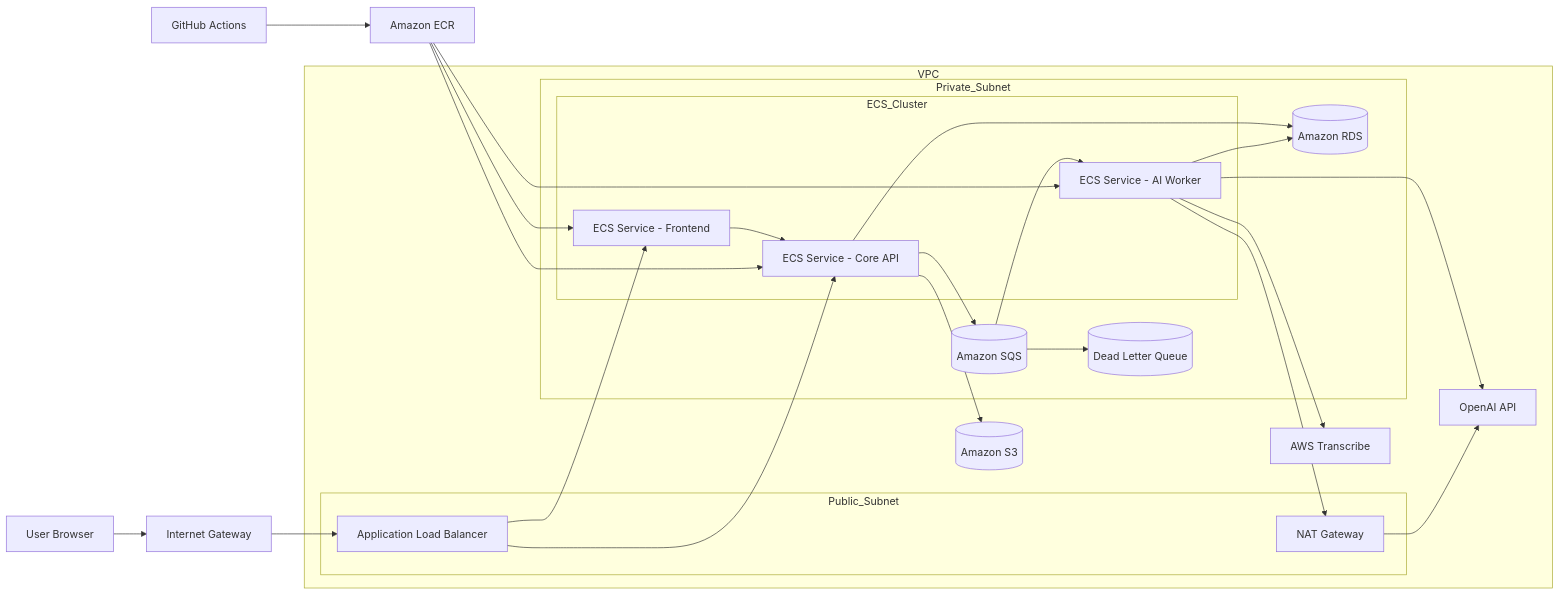
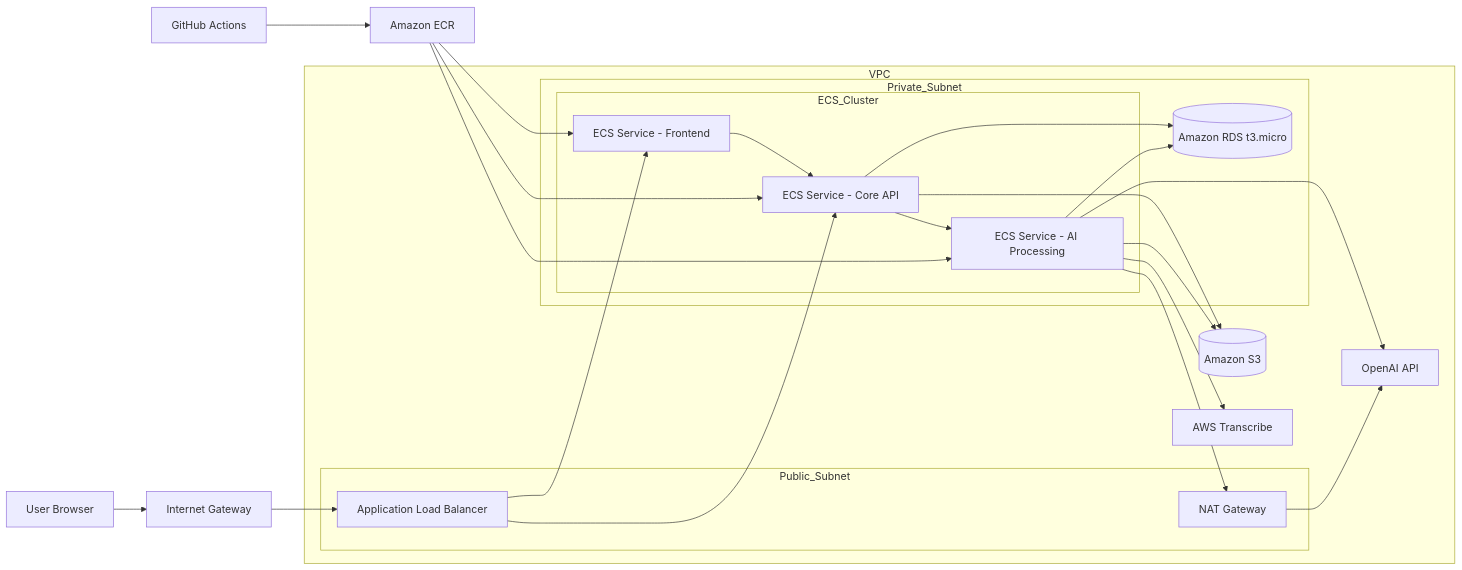
One commit to jinseonyeong087-ship-it/MeetUs changed the diagram in COMMON/ai-minutes-msa-flowchart-horizontal-highlight.mmd. Above: the diagram before and after it, drawn with Mermaid. The commit also changed 19 other files, not shown here.

```diff
--- a/COMMON/ai-minutes-msa-flowchart-horizontal-highlight.mmd
+++ b/COMMON/ai-minutes-msa-flowchart-horizontal-highlight.mmd
@@ -1,83 +1,79 @@
 flowchart LR
 
 %% =======================
 %% INTERNET
 %% =======================
 
 USER[User Browser]
 IGW[Internet Gateway]
 
 %% =======================
 %% VPC
 %% =======================
 
 subgraph VPC
 
 subgraph Public_Subnet
 ALB[Application Load Balancer]
 NAT[NAT Gateway]
 end
 
 subgraph Private_Subnet
 
 subgraph ECS_Cluster
 FE[ECS Service - Frontend]
 CORE[ECS Service - Core API]
-AI[ECS Service - AI Worker]
+AI[ECS Service - AI Processing]
 end
 
-RDS[(Amazon RDS)]
-SQS[(Amazon SQS)]
-DLQ[(Dead Letter Queue)]
+RDS[(Amazon RDS t3.micro)]
 end
 
 S3[(Amazon S3)]
 TRANS[AWS Transcribe]
 OPENAI[OpenAI API]
 
 end
 
 %% =======================
 %% CI/CD
 %% =======================
 
 GHA[GitHub Actions]
 ECR[Amazon ECR]
 
 %% =======================
 %% TRAFFIC FLOW
 %% =======================
 
 USER --> IGW
 IGW --> ALB
 ALB --> FE
 ALB --> CORE
 
 FE --> CORE
 
 CORE --> RDS
 CORE --> S3
-CORE --> SQS
-
-SQS --> AI
-SQS --> DLQ
+CORE --> AI
 
 AI --> TRANS
 AI --> OPENAI
 AI --> RDS
+AI --> S3
 
 %% =======================
 %% CI/CD FLOW
 %% =======================
 
 GHA --> ECR
 ECR --> FE
 ECR --> CORE
 ECR --> AI
 
 %% =======================
 %% OUTBOUND INTERNET
 %% =======================
 
 AI --> NAT
 NAT --> OPENAI
```
